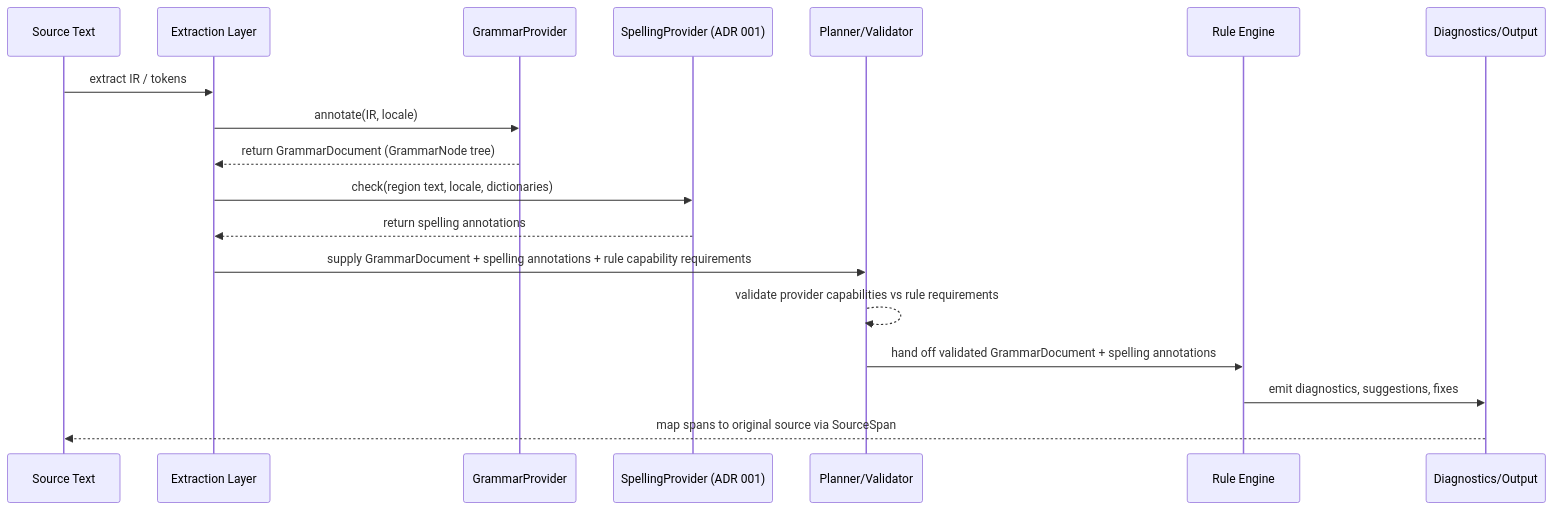
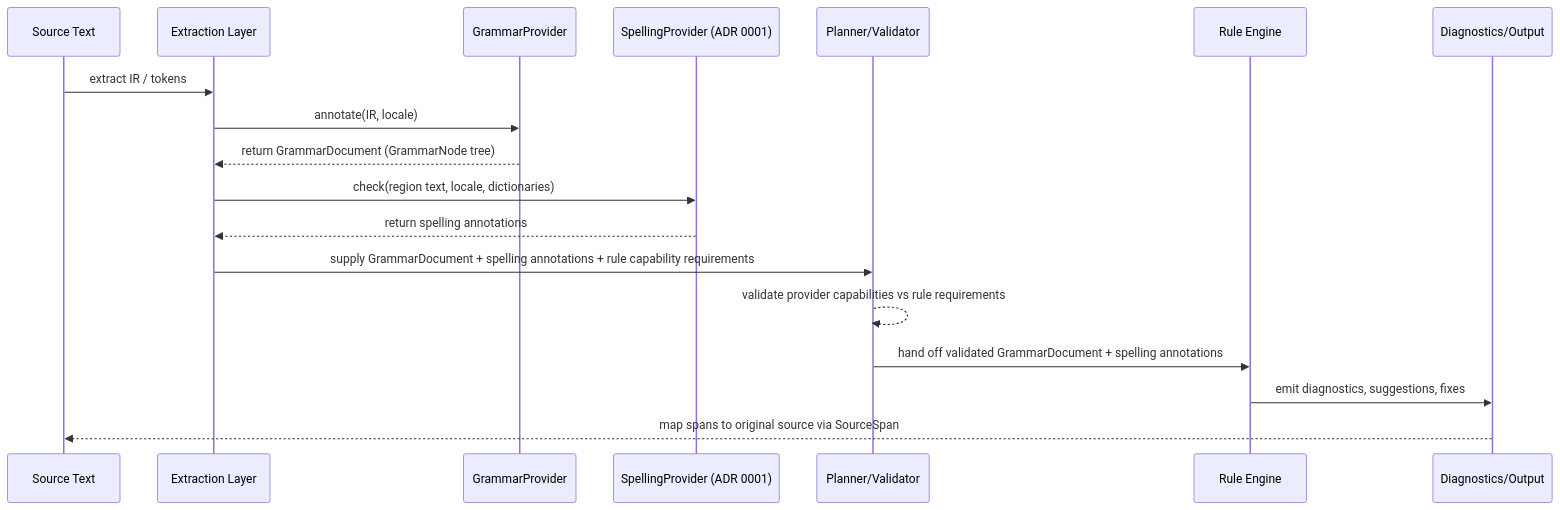
One commit to leynos/stilyagi changed the second of 2 diagrams in docs/stilyagi-design.md. Above: the diagram before and after it, drawn with Mermaid. The commit also changed other lines of this file and 49 other files, not shown here.

````diff
--- a/docs/stilyagi-design.md
+++ b/docs/stilyagi-design.md
@@ -781,21 +781,21 @@
 ```mermaid
 sequenceDiagram
   participant Source as Source Text
   participant Extractor as Extraction Layer
   participant GrammarProv as GrammarProvider
-  participant SpellProv as SpellingProvider (ADR 001)
+  participant SpellProv as SpellingProvider (ADR 0001)
   participant Planner as Planner/Validator
   participant RuleEngine as Rule Engine
   participant Diagnostics as Diagnostics/Output
 
   Source->>Extractor: extract IR / tokens
   Extractor->>GrammarProv: annotate(IR, locale)
   GrammarProv-->>Extractor: return GrammarDocument (GrammarNode tree)
   Extractor->>SpellProv: check(region text, locale, dictionaries)
   SpellProv-->>Extractor: return spelling annotations
   Extractor->>Planner: supply GrammarDocument + spelling annotations + rule capability requirements
   Planner-->>Planner: validate provider capabilities vs rule requirements
   Planner->>RuleEngine: hand off validated GrammarDocument + spelling annotations
   RuleEngine->>Diagnostics: emit diagnostics, suggestions, fixes
   Diagnostics-->>Source: map spans to original source via SourceSpan
 ```
````
